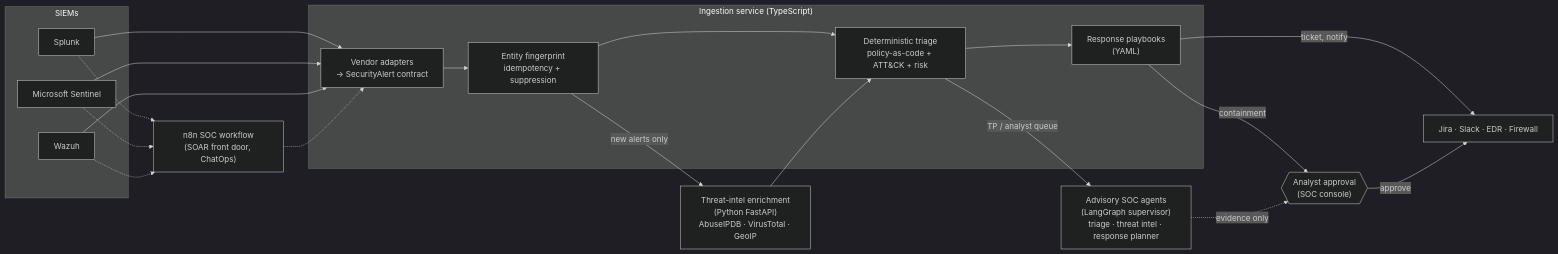
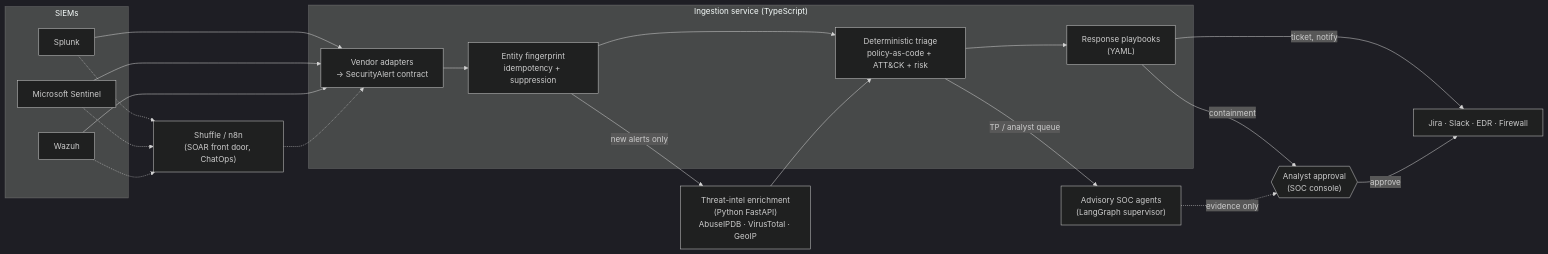
One commit to rabinavidan/automation-failure-orchestrator changed the diagram in README.md. Above: the diagram before and after it, drawn with Mermaid (dark theme). The commit also changed other lines of this file and 2 other files, not shown here.

````diff
--- a/README.md
+++ b/README.md
@@ -17,26 +40,26 @@
 ```mermaid
 flowchart LR
     subgraph SIEM["SIEMs"]
         S1[Splunk] & S2[Microsoft Sentinel] & S3[Wazuh]
     end
-    N8N["n8n SOC workflow<br/>(SOAR front door, ChatOps)"]
+    SOAR["Shuffle / n8n<br/>(SOAR front door, ChatOps)"]
     subgraph CORE["Ingestion service (TypeScript)"]
         NORM["Vendor adapters<br/>→ SecurityAlert contract"]
         DEDUP["Entity fingerprint<br/>idempotency + suppression"]
         TRIAGE["Deterministic triage<br/>policy-as-code + ATT&CK + risk"]
         PB["Response playbooks<br/>(YAML)"]
     end
     ENR["Threat-intel enrichment<br/>(Python FastAPI)<br/>AbuseIPDB · VirusTotal · GeoIP"]
-    AI["Advisory SOC agents<br/>(LangGraph supervisor)<br/>triage · threat intel · response planner"]
+    AI["Advisory SOC agents<br/>(LangGraph supervisor)"]
     HUMAN{{"Analyst approval<br/>(SOC console)"}}
     ACT["Jira · Slack · EDR · Firewall"]
     S1 & S2 & S3 --> NORM
-    S1 & S2 & S3 -.-> N8N -.-> NORM
+    S1 & S2 & S3 -.-> SOAR -.-> NORM
     NORM --> DEDUP --> TRIAGE
     DEDUP -- new alerts only --> ENR --> TRIAGE
     TRIAGE -- TP / analyst queue --> AI
     TRIAGE --> PB
     PB -- ticket, notify --> ACT
     PB -- containment --> HUMAN -- approve --> ACT
     AI -. evidence only .-> HUMAN
 ```
````
